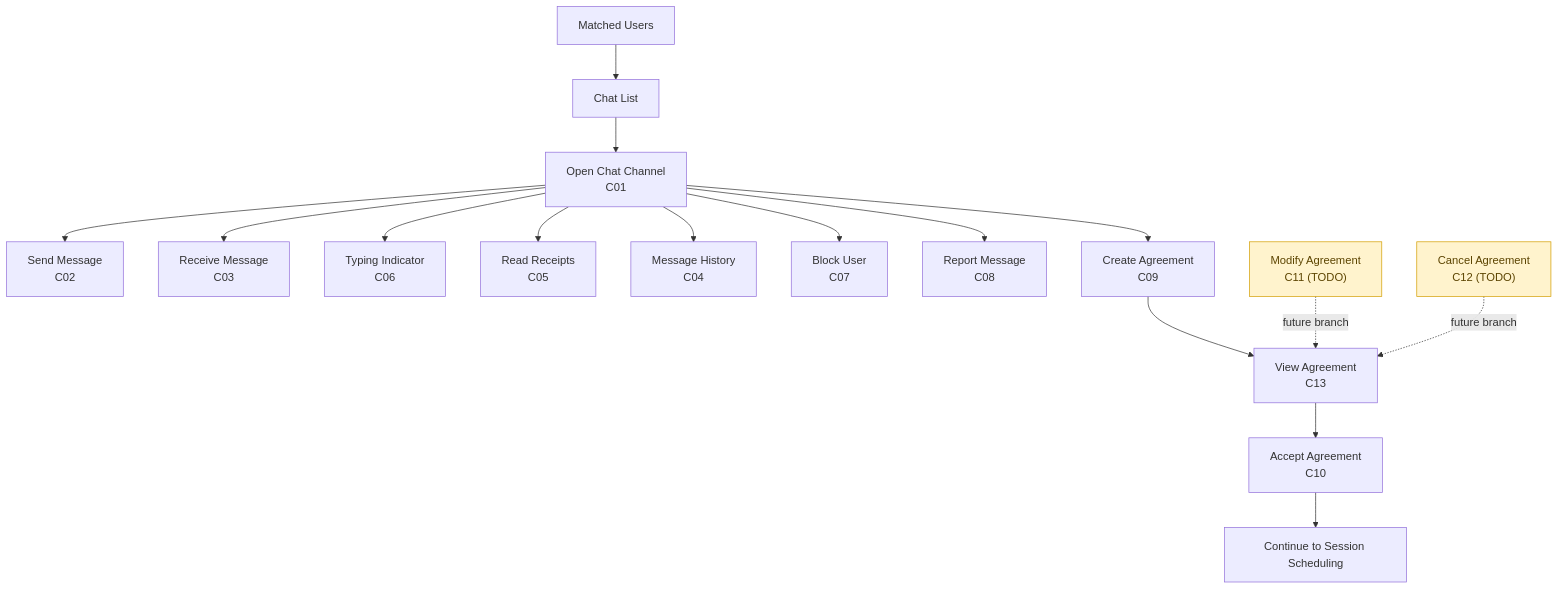
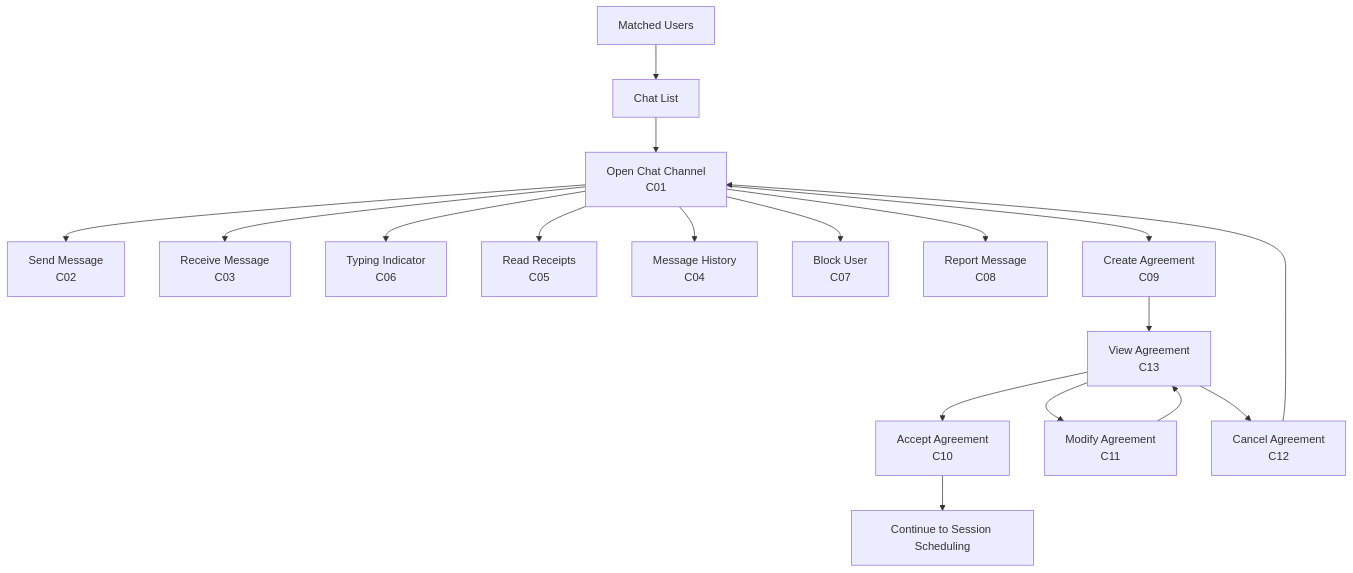
Before and after one commit to kwanele-Cyber/aptitude: the fourth of 7 diagrams in docs/ui_flow_diagrams.md, drawn with Mermaid. The commit also changed other lines of this file and 62 other files, not shown here.

````diff
--- a/docs/ui_flow_diagrams.md
+++ b/docs/ui_flow_diagrams.md
@@ -83,24 +83,26 @@
 ```mermaid
 flowchart TD
     MATCHED[Matched Users] --> CHAT_LIST[Chat List]
     CHAT_LIST --> CHANNEL[Open Chat Channel<br/>C01]
 
     CHANNEL --> SEND[Send Message<br/>C02]
     CHANNEL --> RECEIVE[Receive Message<br/>C03]
     CHANNEL --> TYPING[Typing Indicator<br/>C06]
     CHANNEL --> READS[Read Receipts<br/>C05]
     CHANNEL --> HISTORY[Message History<br/>C04]
 
     CHANNEL --> BLOCK[Block User<br/>C07]
     CHANNEL --> REPORT[Report Message<br/>C08]
 
     CHANNEL --> AGREEMENT_CREATE[Create Agreement<br/>C09]
     AGREEMENT_CREATE --> AGREEMENT_VIEW[View Agreement<br/>C13]
     AGREEMENT_VIEW --> AGREEMENT_ACCEPT[Accept Agreement<br/>C10]
     AGREEMENT_ACCEPT --> SESSION_FLOW[Continue to Session Scheduling]
 
-    AGREEMENT_MOD["Modify Agreement<br/>C11 (TODO)"]:::todo -.future branch.-> AGREEMENT_VIEW
-    AGREEMENT_CANCEL["Cancel Agreement<br/>C12 (TODO)"]:::todo -.future branch.-> AGREEMENT_VIEW
+    AGREEMENT_VIEW --> AGREEMENT_MOD[Modify Agreement<br/>C11]
+    AGREEMENT_MOD --> AGREEMENT_VIEW
+    AGREEMENT_VIEW --> AGREEMENT_CANCEL[Cancel Agreement<br/>C12]
+    AGREEMENT_CANCEL --> CHANNEL
 
     classDef todo fill:#fff3cd,stroke:#d39e00,color:#5c4400;
 ```
````
